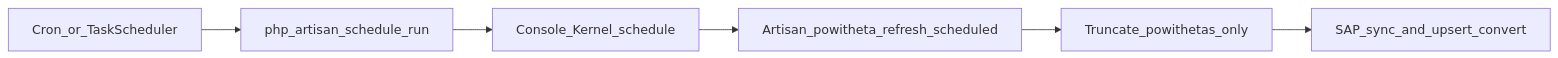
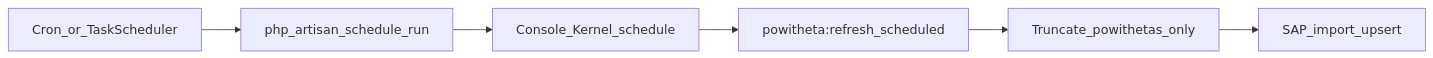
The diagram in docs/planned-powitheta-scheduled-sync.md (rachmanj/ark-gs-newdb), drawn with Mermaid before and after one commit. The commit also changed other lines of this file and 12 other files, not shown here.

````diff
--- a/docs/planned-powitheta-scheduled-sync.md
+++ b/docs/planned-powitheta-scheduled-sync.md
@@ -27,11 +32,11 @@
 ```mermaid
 flowchart LR
   cron[Cron_or_TaskScheduler]
   artisan[php_artisan_schedule_run]
   kernel[Console_Kernel_schedule]
-  cmd[Artisan_powitheta_refresh_scheduled]
+  cmd["powitheta:refresh_scheduled"]
   truncStaging[Truncate_powithetas_only]
-  sync[SAP_sync_and_upsert_convert]
+  sync[SAP_import_upsert]
   cron --> artisan --> kernel --> cmd
   cmd --> truncStaging --> sync
 ```
````
